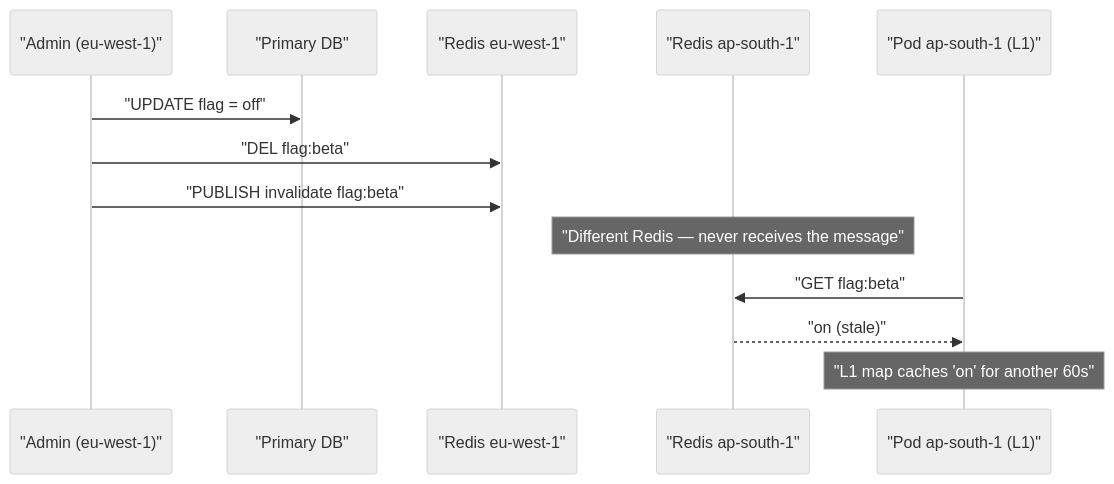
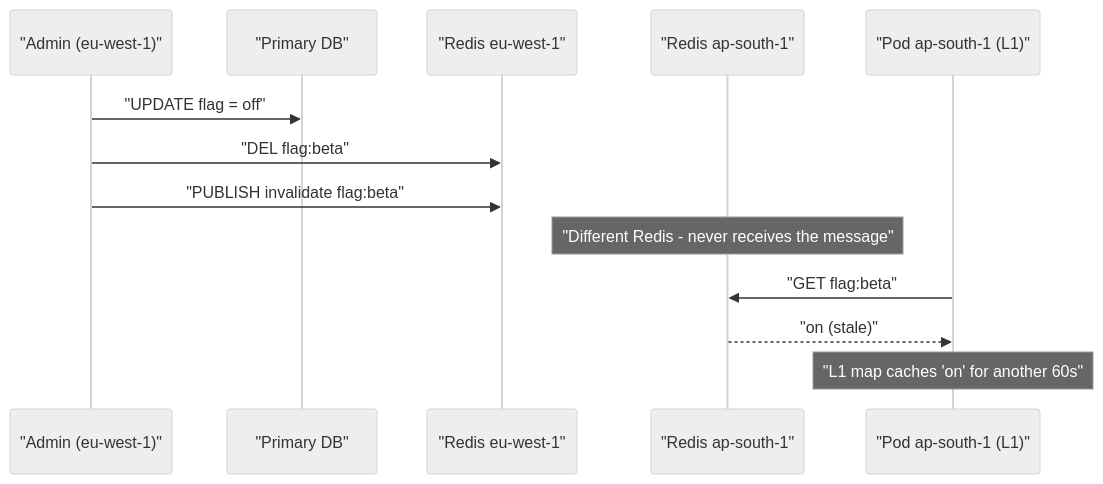
One commit to asif-cse-kuet/asif-hasan-tonmoy changed the first of 2 diagrams in src/content/articles/industry/distributed-cache-consistency.bn.md. Above: the diagram before and after it, drawn with Mermaid (neutral theme). The commit also changed other lines of this file and 290 other files, not shown here.

Commit message:
Position the site as a stack-agnostic architect with overlay nav and a fuller DevOps strip.

````diff
--- a/src/content/articles/industry/distributed-cache-consistency.bn.md
+++ b/src/content/articles/industry/distributed-cache-consistency.bn.md
@@ -28,15 +28,15 @@
 ```mermaid
 sequenceDiagram
     participant Ad as "Admin (eu-west-1)"
     participant DB as "Primary DB"
     participant Reu as "Redis eu-west-1"
     participant Rap as "Redis ap-south-1"
     participant Pod as "Pod ap-south-1 (L1)"
     Ad->>DB: "UPDATE flag = off"
     Ad->>Reu: "DEL flag:beta"
     Ad->>Reu: "PUBLISH invalidate flag:beta"
-    Note over Rap: "Different Redis — never receives the message"
+    Note over Rap: "Different Redis - never receives the message"
     Pod->>Rap: "GET flag:beta"
     Rap-->>Pod: "on (stale)"
     Note over Pod: "L1 map caches 'on' for another 60s"
 ```
````
